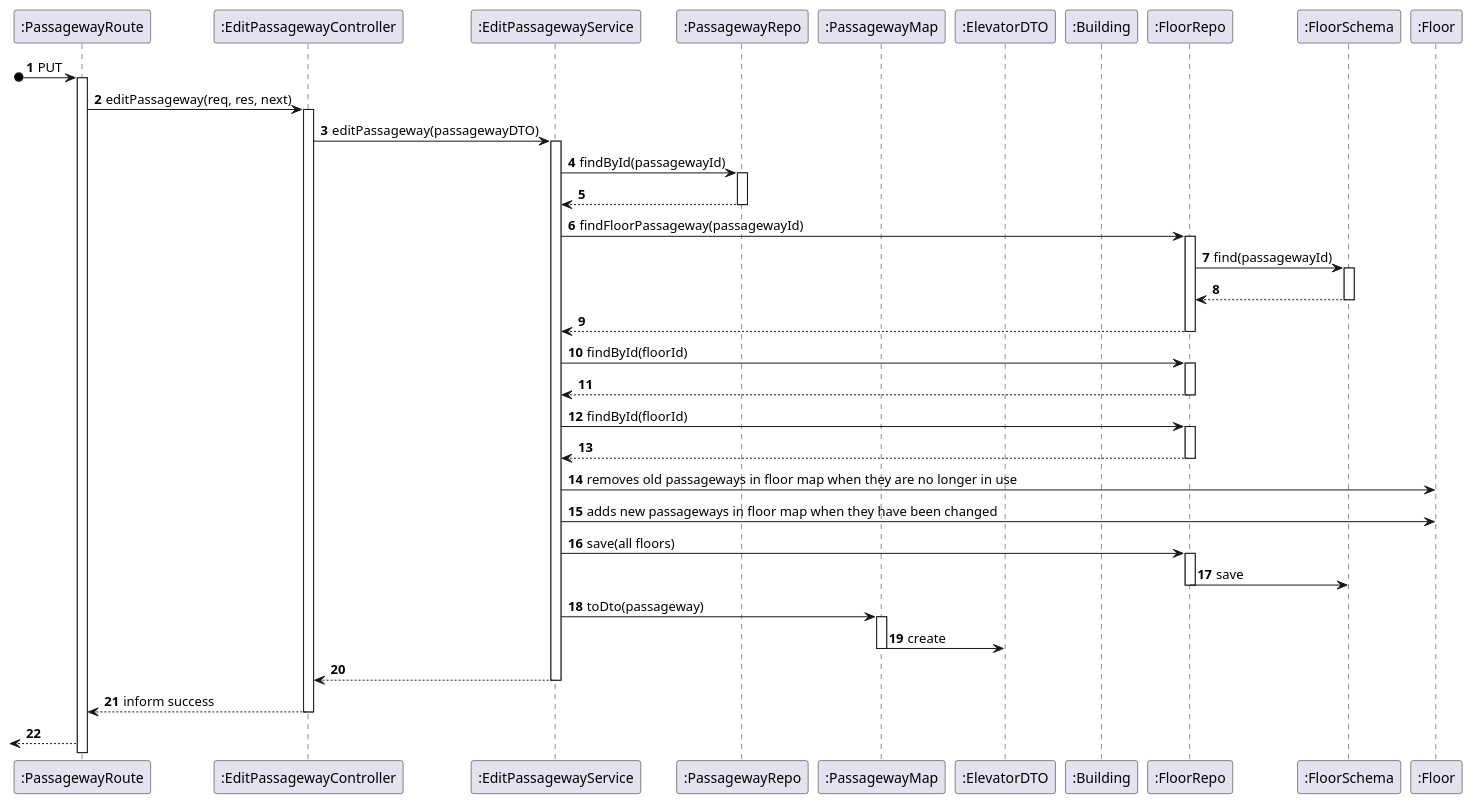
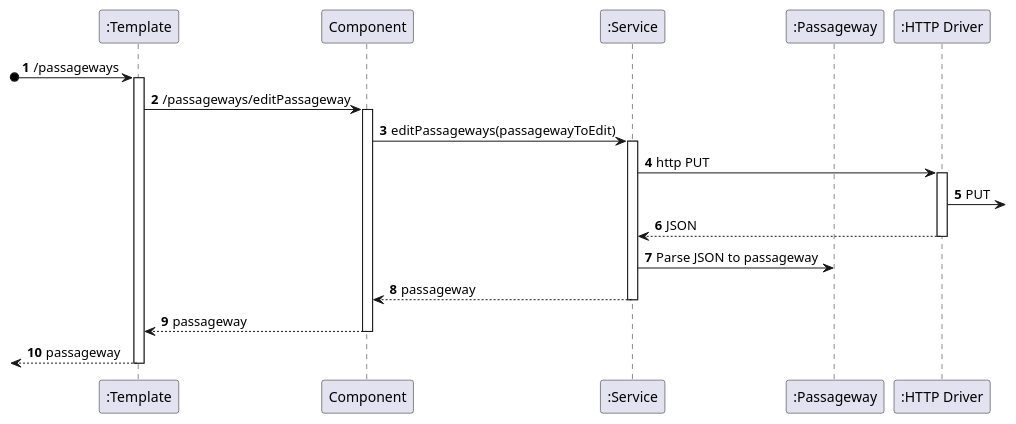
The diagram in Visualization/docs/US_1200/Diagrams/Level3/ProcessView.puml (Pedro-Pereira1/sem5pi_23_24_g056_Visualization), drawn with PlantUML before and after one commit. The commit also changed 7 other files, not shown here.

Commit message:
Added level 1, 2 and 3 diagrams to md file for US 1200

```diff
--- a/Visualization/docs/US_1200/Diagrams/Level3/ProcessView.puml
+++ b/Visualization/docs/US_1200/Diagrams/Level3/ProcessView.puml
@@ -1,77 +1,41 @@
 @startuml
 
 autonumber
 
-participant ":PassagewayRoute" as Route
-participant ":EditPassagewayController" as Controller
-participant ":EditPassagewayService" as Service
-participant ":PassagewayRepo" as Repo
-participant ":PassagewayMap" as Map
-participant ":ElevatorDTO" as DTO
-participant ":Building" as Building
-participant ":FloorRepo" as FloorRepo
-participant ":FloorSchema" as Schema
-participant ":Floor" as Floor
 
+participant ":Template" as Template
+participant Component as Component
+participant ":Service" as Service
+participant ":Passageway" as Model
+participant ":HTTP Driver" as HTTP
 
-?o->Route: PUT
-activate Route
+?o->Template: /passageways
+activate Template
 
-Route -> Controller: editPassageway(req, res, next)
-activate Controller
+Template -> Component: /passageways/editPassageway
+activate Component
+
+Component -> Service: editPassageways(passagewayToEdit)
+activate Service
+
+Service -> HTTP: http PUT
+activate HTTP
+HTTP -> : PUT
+HTTP --> Service: JSON
+deactivate HTTP
+
+Service -> Model: Parse JSON to passageway
 
 
 
-Controller -> Service: editPassageway(passagewayDTO)
-activate Service
-
-Service -> Repo: findById(passagewayId)
-activate Repo
-Service <-- Repo
-deactivate Repo
-
-Service -> FloorRepo: findFloorPassageway(passagewayId)
-activate FloorRepo
-FloorRepo -> Schema: find(passagewayId)
-activate Schema
-FloorRepo <-- Schema
-deactivate Schema
-Service <-- FloorRepo
-deactivate FloorRepo
-
-Service -> FloorRepo: findById(floorId)
-activate FloorRepo
-Service <-- FloorRepo
-deactivate FloorRepo
-
-Service -> FloorRepo: findById(floorId)
-activate FloorRepo
-Service <-- FloorRepo
-deactivate FloorRepo
-
-Service -> Floor: removes old passageways in floor map when they are no longer in use
-
-Service -> Floor: adds new passageways in floor map when they have been changed
-
-Service -> FloorRepo: save(all floors)
-activate FloorRepo
-
-FloorRepo -> Schema: save
-deactivate FloorRepo
-
-Service -> Map:toDto(passageway)
-activate Map
-
-Map -> DTO: create
-deactivate Map
-
-Service --> Controller:
+Service --> Component:passageway
 deactivate Service
 
-Controller --> Route: inform success
-deactivate Controller
-<--Route:
+Component --> Template:passageway
+deactivate Component
 
+<--Template: passageway
+deactivate Template
 
 
 @enduml
```
